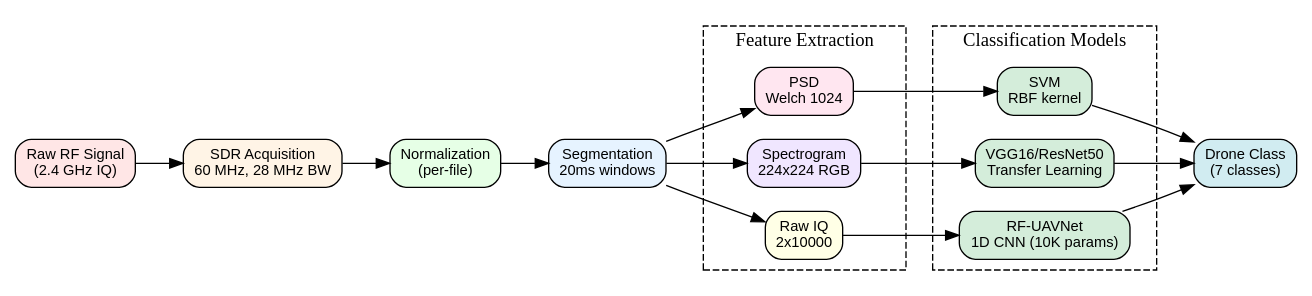
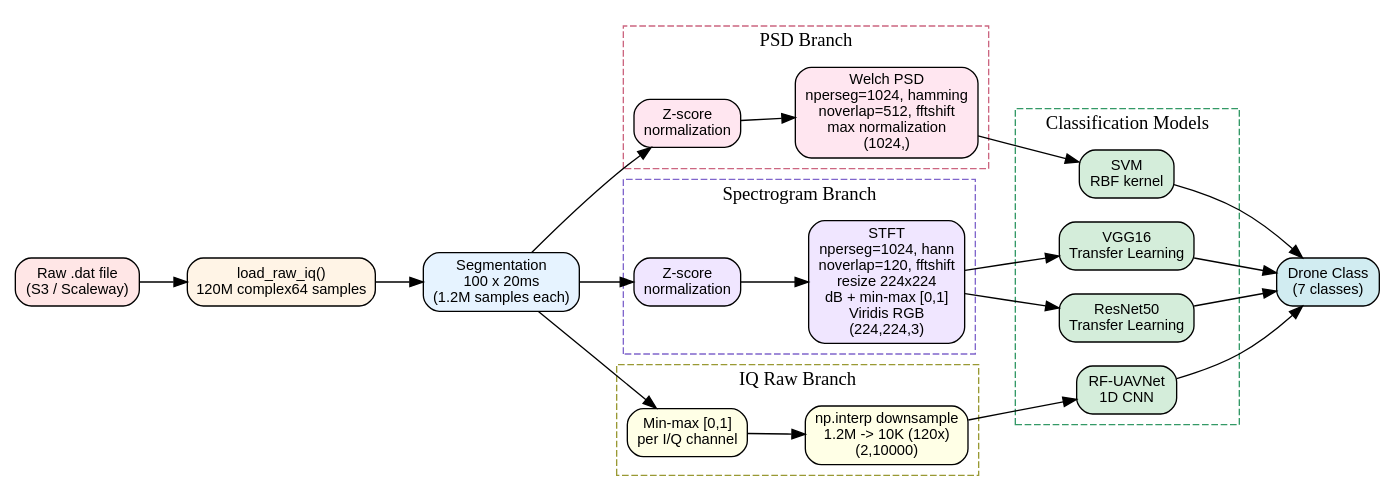
One commit to tryph0n/mldrone changed the diagram in docs/diagrams/pipeline_global.dot. Above: the diagram before and after it, drawn with Graphviz. The commit also changed 119 other files, not shown here.

```diff
--- a/docs/diagrams/pipeline_global.dot
+++ b/docs/diagrams/pipeline_global.dot
@@ -1,50 +1,79 @@
 digraph PipelineGlobal {
     rankdir=LR;
     node [shape=box, style="rounded,filled", fontname="Arial", fontsize=11];
     edge [fontname="Arial", fontsize=10];
 
     // Input
-    raw [label="Raw RF Signal\n(2.4 GHz IQ)", fillcolor="#FFE6E6"];
+    raw [label="Raw .dat file\n(S3 / Scaleway)", fillcolor="#FFE6E6"];
 
-    // Acquisition
-    acq [label="SDR Acquisition\n60 MHz, 28 MHz BW", fillcolor="#FFF4E6"];
+    // Loading
+    load [label="load_raw_iq()\n120M complex64 samples", fillcolor="#FFF4E6"];
 
-    // Preprocessing
-    norm [label="Normalization\n(per-file)", fillcolor="#E6FFE6"];
-    seg [label="Segmentation\n20ms windows", fillcolor="#E6F3FF"];
+    // Segmentation
+    seg [label="Segmentation\n100 x 20ms\n(1.2M samples each)", fillcolor="#E6F3FF"];
 
-    // Feature extraction branches
-    subgraph cluster_features {
-        label="Feature Extraction";
+    // Branch-specific normalization + feature extraction
+    subgraph cluster_psd {
+        label="PSD Branch";
         style=dashed;
-        psd [label="PSD\nWelch 1024", fillcolor="#FFE6F0"];
-        spec [label="Spectrogram\n224x224 RGB", fillcolor="#F0E6FF"];
-        iq [label="Raw IQ\n2x10000", fillcolor="#FFFFE6"];
+        color="#CC6680";
+        norm_psd [label="Z-score\nnormalization", fillcolor="#FFE6F0"];
+        psd [label="Welch PSD\nnperseg=1024, hamming\nnoverlap=512, fftshift\nmax normalization\n(1024,)", fillcolor="#FFE6F0"];
+    }
+
+    subgraph cluster_spectro {
+        label="Spectrogram Branch";
+        style=dashed;
+        color="#8066CC";
+        norm_spec [label="Z-score\nnormalization", fillcolor="#F0E6FF"];
+        spec [label="STFT\nnperseg=1024, hann\nnoverlap=120, fftshift\nresize 224x224\ndB + min-max [0,1]\nViridis RGB\n(224,224,3)", fillcolor="#F0E6FF"];
+    }
+
+    subgraph cluster_iq {
+        label="IQ Raw Branch";
+        style=dashed;
+        color="#999933";
+        norm_iq [label="Min-max [0,1]\nper I/Q channel", fillcolor="#FFFFE6"];
+        iq [label="np.interp downsample\n1.2M -> 10K (120x)\n(2,10000)", fillcolor="#FFFFE6"];
     }
 
     // Models
     subgraph cluster_models {
         label="Classification Models";
         style=dashed;
+        color="#339966";
         svm [label="SVM\nRBF kernel", fillcolor="#D4EDDA"];
-        cnn [label="VGG16/ResNet50\nTransfer Learning", fillcolor="#D4EDDA"];
-        rfuav [label="RF-UAVNet\n1D CNN (10K params)", fillcolor="#D4EDDA"];
+        vgg [label="VGG16\nTransfer Learning", fillcolor="#D4EDDA"];
+        resnet [label="ResNet50\nTransfer Learning", fillcolor="#D4EDDA"];
+        rfuav [label="RF-UAVNet\n1D CNN", fillcolor="#D4EDDA"];
     }
 
     // Output
     pred [label="Drone Class\n(7 classes)", fillcolor="#D1ECF1"];
 
-    // Edges
-    raw -> acq;
-    acq -> norm;
-    norm -> seg;
-    seg -> psd;
-    seg -> spec;
-    seg -> iq;
+    // Edges — main pipeline
+    raw -> load;
+    load -> seg;
+
+    // Branching from segmentation into 3 parallel paths
+    seg -> norm_psd;
+    seg -> norm_spec;
+    seg -> norm_iq;
+
+    // Each branch: normalize then extract features
+    norm_psd -> psd;
+    norm_spec -> spec;
+    norm_iq -> iq;
+
+    // Features to models
     psd -> svm;
-    spec -> cnn;
+    spec -> vgg;
+    spec -> resnet;
     iq -> rfuav;
+
+    // Models to prediction
     svm -> pred;
-    cnn -> pred;
+    vgg -> pred;
+    resnet -> pred;
     rfuav -> pred;
 }
```
